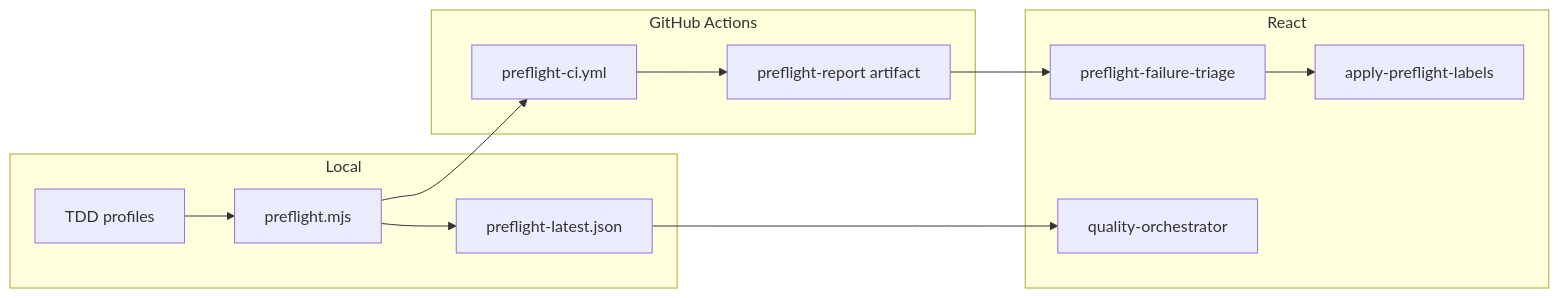
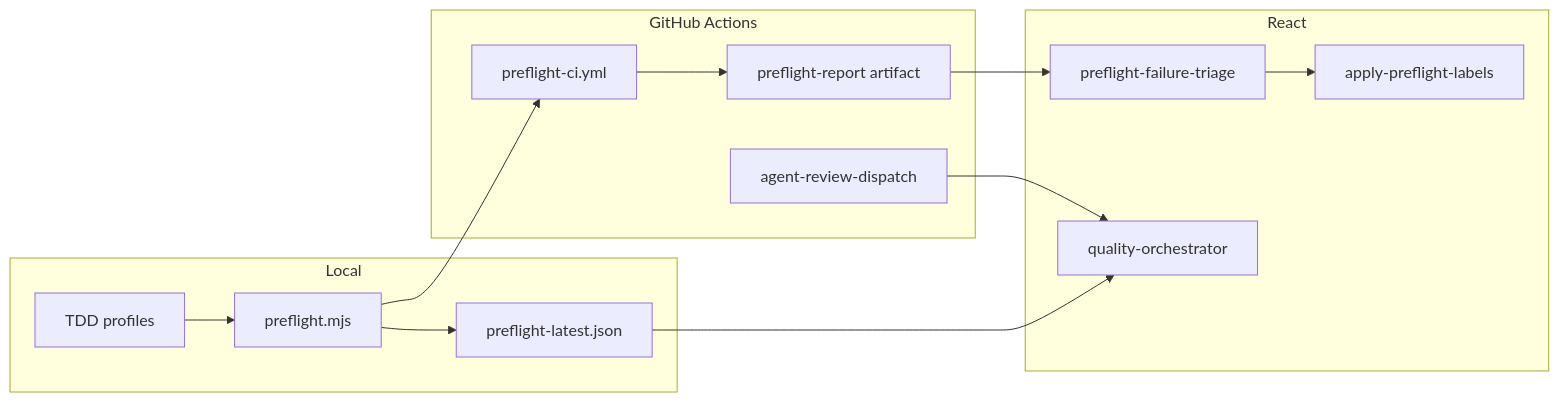
Before and after one commit to Ditto190/modme-ui-01: the diagram in docs/devops/quality-loop.md, drawn with Mermaid. The commit also changed other lines of this file and 23 other files, not shown here.

First line of the commit message:
feat(ci): agent review routing, codeowners, and review workflows

````diff
--- a/docs/devops/quality-loop.md
+++ b/docs/devops/quality-loop.md
@@ -7,21 +7,23 @@
 ```mermaid
 flowchart LR
   subgraph local [Local]
     tdd[TDD profiles]
     pf[preflight.mjs]
     report[preflight-latest.json]
   end
   subgraph ci [GitHub Actions]
     gha[preflight-ci.yml]
     artifact[preflight-report artifact]
+    dispatch[agent-review-dispatch]
   end
   subgraph react [React]
     ghaw[preflight-failure-triage]
     labels[apply-preflight-labels]
     route[quality-orchestrator]
   end
   tdd --> pf --> report
   pf --> gha --> artifact
   artifact --> ghaw --> labels
   report --> route
+  dispatch --> route
 ```
````
